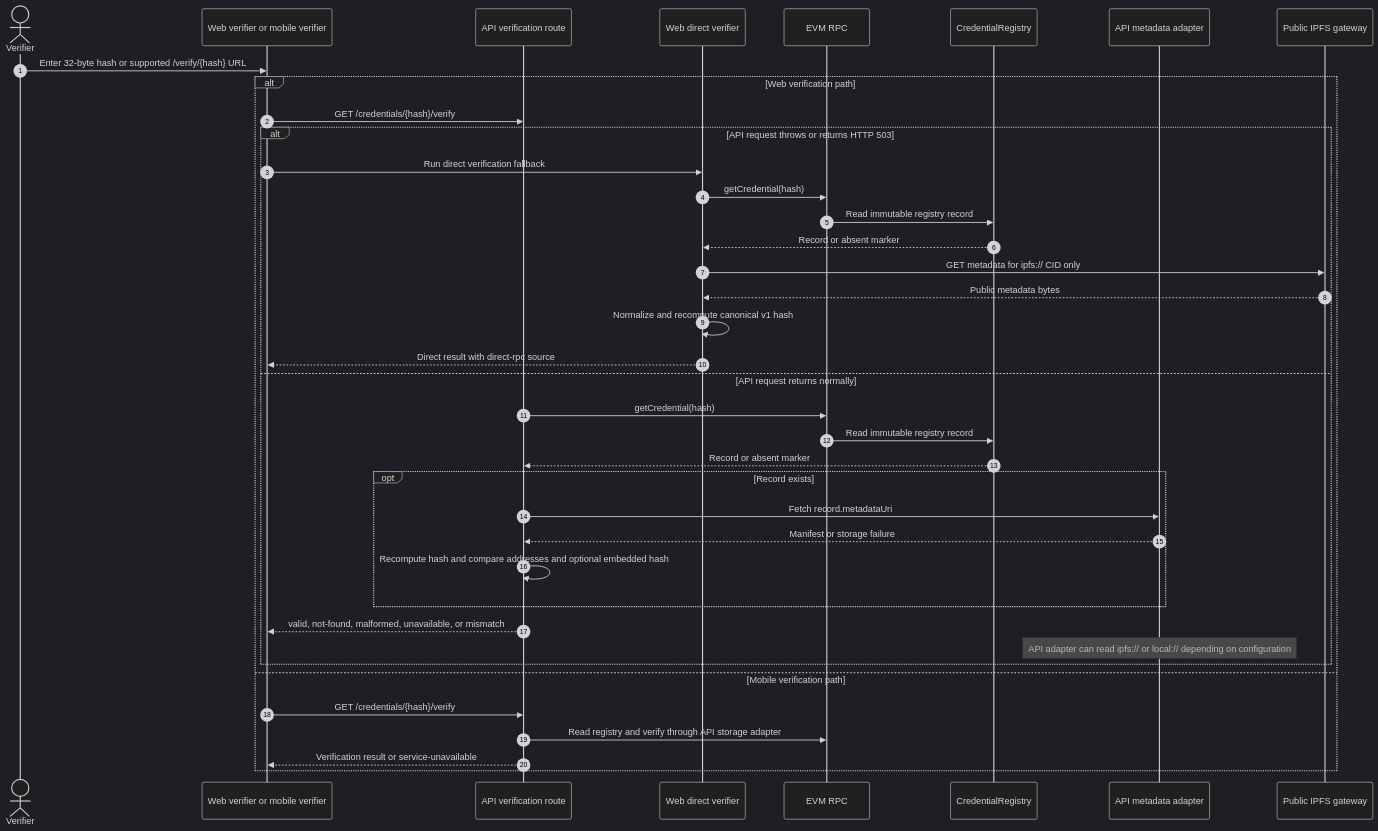
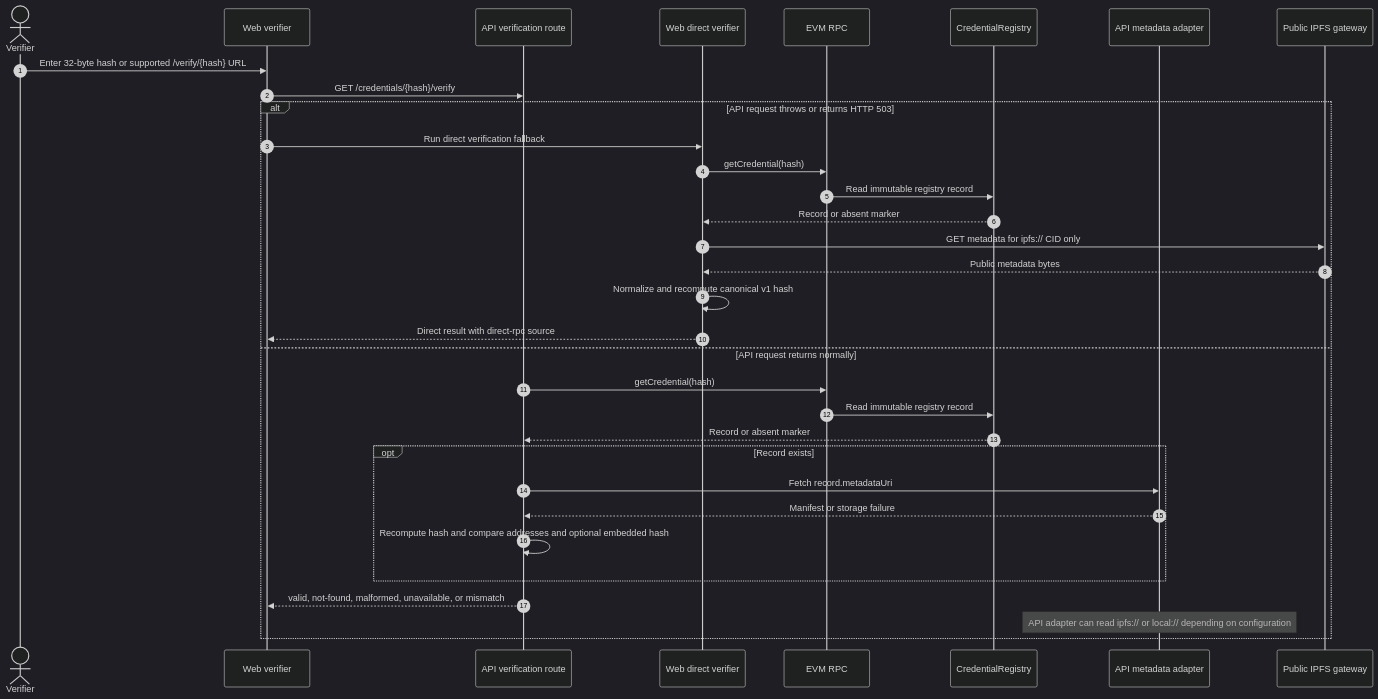
Before and after one commit to vishnunathasuresh/credora: the fourth of 8 diagrams in docs/architecture/diagrams.md, drawn with Mermaid (dark theme). The commit also changed other lines of this file and 42 other files, not shown here.

````diff
--- a/docs/architecture/diagrams.md
+++ b/docs/architecture/diagrams.md
@@ -231,42 +221,36 @@
 ```mermaid
 sequenceDiagram
   autonumber
   actor Verifier
-  participant Client as Web verifier or mobile verifier
+  participant Client as Web verifier
   participant API as API verification route
   participant Browser as Web direct verifier
   participant RPC as EVM RPC
   participant Registry as CredentialRegistry
   participant APIStore as API metadata adapter
   participant Gateway as Public IPFS gateway
 
   Verifier->>Client: Enter 32-byte hash or supported /verify/{hash} URL
-  alt Web verification path
-    Client->>API: GET /credentials/{hash}/verify
+  Client->>API: GET /credentials/{hash}/verify
     alt API request throws or returns HTTP 503
       Client->>Browser: Run direct verification fallback
       Browser->>RPC: getCredential(hash)
       RPC->>Registry: Read immutable registry record
       Registry-->>Browser: Record or absent marker
       Browser->>Gateway: GET metadata for ipfs:// CID only
       Gateway-->>Browser: Public metadata bytes
       Browser->>Browser: Normalize and recompute canonical v1 hash
       Browser-->>Client: Direct result with direct-rpc source
     else API request returns normally
       API->>RPC: getCredential(hash)
       RPC->>Registry: Read immutable registry record
       Registry-->>API: Record or absent marker
       opt Record exists
         API->>APIStore: Fetch record.metadataUri
         APIStore-->>API: Manifest or storage failure
         API->>API: Recompute hash and compare addresses and optional embedded hash
       end
       API-->>Client: valid, not-found, malformed, unavailable, or mismatch
       Note over APIStore: API adapter can read ipfs:// or local:// depending on configuration
-    end
-  else Mobile verification path
-    Client->>API: GET /credentials/{hash}/verify
-    API->>RPC: Read registry and verify through API storage adapter
-    API-->>Client: Verification result or service-unavailable
   end
 ```
````
